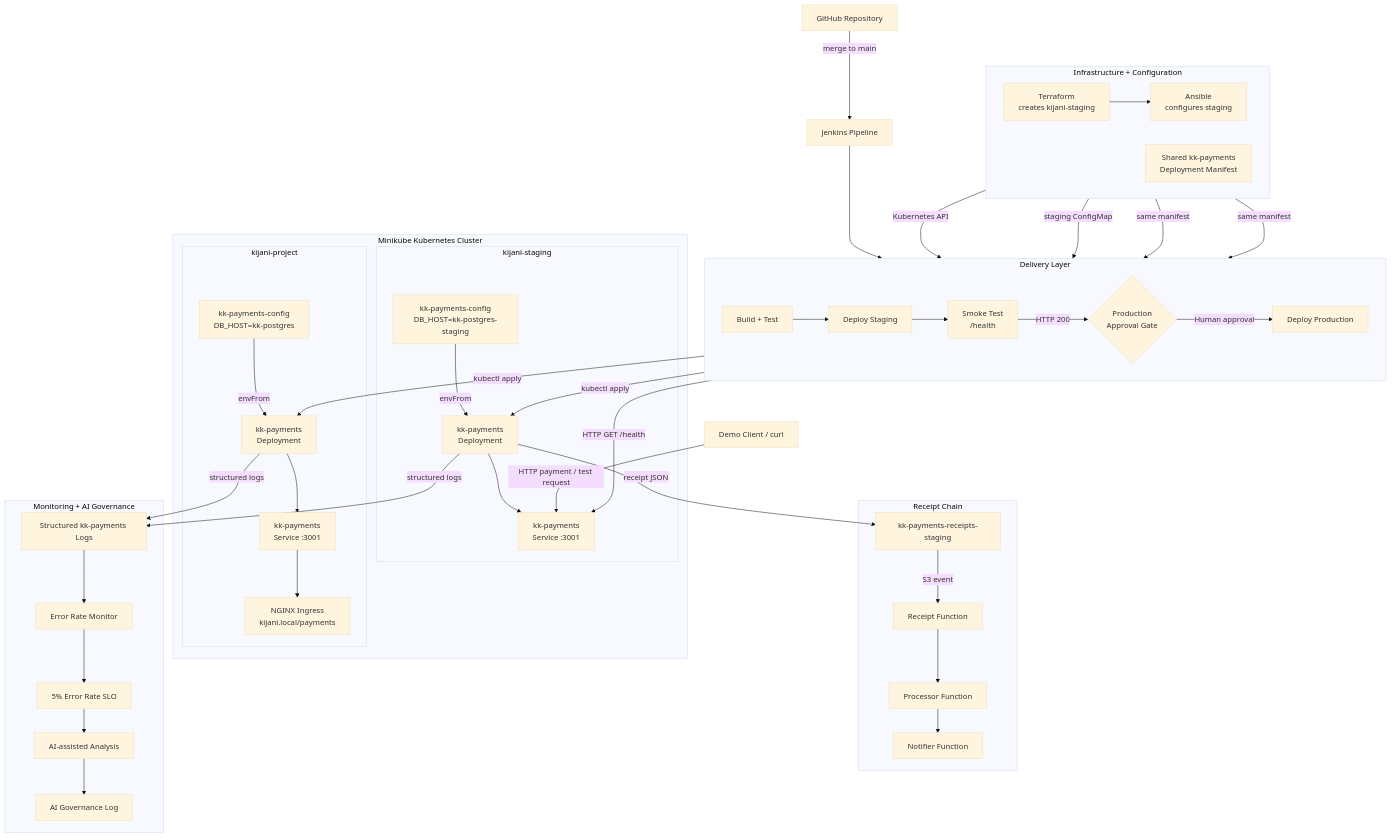
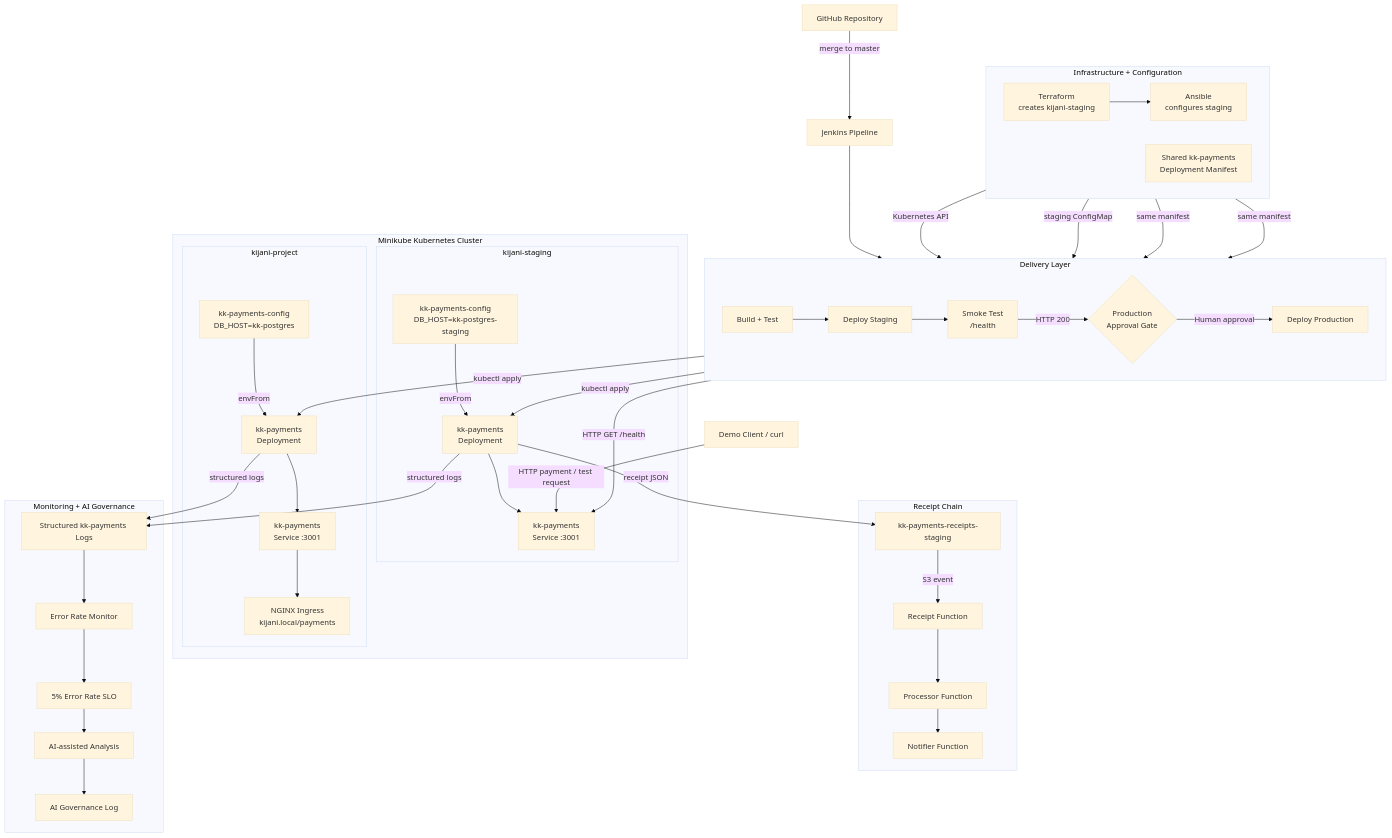
Before and after one commit to Louie-Mimo/kijanikiosk-devops: the diagram in docs/architecture.mmd, drawn with Mermaid (base theme). The commit also changed 3 other files, not shown here.

```diff
--- a/docs/architecture.mmd
+++ b/docs/architecture.mmd
@@ -1,96 +1,96 @@
 flowchart TB
 
     GH["GitHub Repository"]
     J["Jenkins Pipeline"]
 
-    GH -->|merge to main| J
+    GH -->|merge to master| J
 
     subgraph DELIVERY["Delivery Layer"]
         direction LR
         CI["Build + Test"]
         STAGE["Deploy Staging"]
         SMOKE["Smoke Test<br/>/health"]
         APPROVAL{"Production<br/>Approval Gate"}
         PRODDEPLOY["Deploy Production"]
 
         CI --> STAGE
         STAGE --> SMOKE
         SMOKE -->|HTTP 200| APPROVAL
         APPROVAL -->|Human approval| PRODDEPLOY
     end
 
     J --> CI
 
     subgraph INFRA["Infrastructure + Configuration"]
         direction LR
         TF["Terraform<br/>creates kijani-staging"]
         AN["Ansible<br/>configures staging"]
         SHARED["Shared kk-payments<br/>Deployment Manifest"]
 
         TF --> AN
     end
 
     TF -->|Kubernetes API| STAGE
     AN -->|staging ConfigMap| STAGE
     SHARED -->|same manifest| STAGE
     SHARED -->|same manifest| PRODDEPLOY
 
     subgraph K8S["Minikube Kubernetes Cluster"]
 
         subgraph STAGING["kijani-staging"]
             SCFG["kk-payments-config<br/>DB_HOST=kk-postgres-staging"]
             SDEP["kk-payments<br/>Deployment"]
             SSVC["kk-payments<br/>Service :3001"]
 
             SCFG -->|envFrom| SDEP
             SDEP --> SSVC
         end
 
         subgraph PRODUCTION["kijani-project"]
             PCFG["kk-payments-config<br/>DB_HOST=kk-postgres"]
             PDEP["kk-payments<br/>Deployment"]
             PSVC["kk-payments<br/>Service :3001"]
             ING["NGINX Ingress<br/>kijani.local/payments"]
 
             PCFG -->|envFrom| PDEP
             PDEP --> PSVC
             PSVC --> ING
         end
     end
 
     CLIENT["Demo Client / curl"]
 
     CLIENT -->|HTTP payment / test request| SSVC
 
     STAGE -->|kubectl apply| SDEP
     SMOKE -->|HTTP GET /health| SSVC
     PRODDEPLOY -->|kubectl apply| PDEP
 
     subgraph RECEIPTS["Receipt Chain"]
         BUCKET["kk-payments-receipts-staging"]
         RECEIPT["Receipt Function"]
         PROCESS["Processor Function"]
         NOTIFY["Notifier Function"]
 
         BUCKET -->|S3 event| RECEIPT
         RECEIPT --> PROCESS
         PROCESS --> NOTIFY
     end
 
     SDEP -->|receipt JSON| BUCKET
 
     subgraph MONITORING["Monitoring + AI Governance"]
         LOGS["Structured kk-payments Logs"]
         MON["Error Rate Monitor"]
         SLO["5% Error Rate SLO"]
         AI["AI-assisted Analysis"]
         GOV["AI Governance Log"]
 
         LOGS --> MON
         MON --> SLO
         SLO --> AI
         AI --> GOV
     end
 
     SDEP -->|structured logs| LOGS
     PDEP -->|structured logs| LOGS
```
